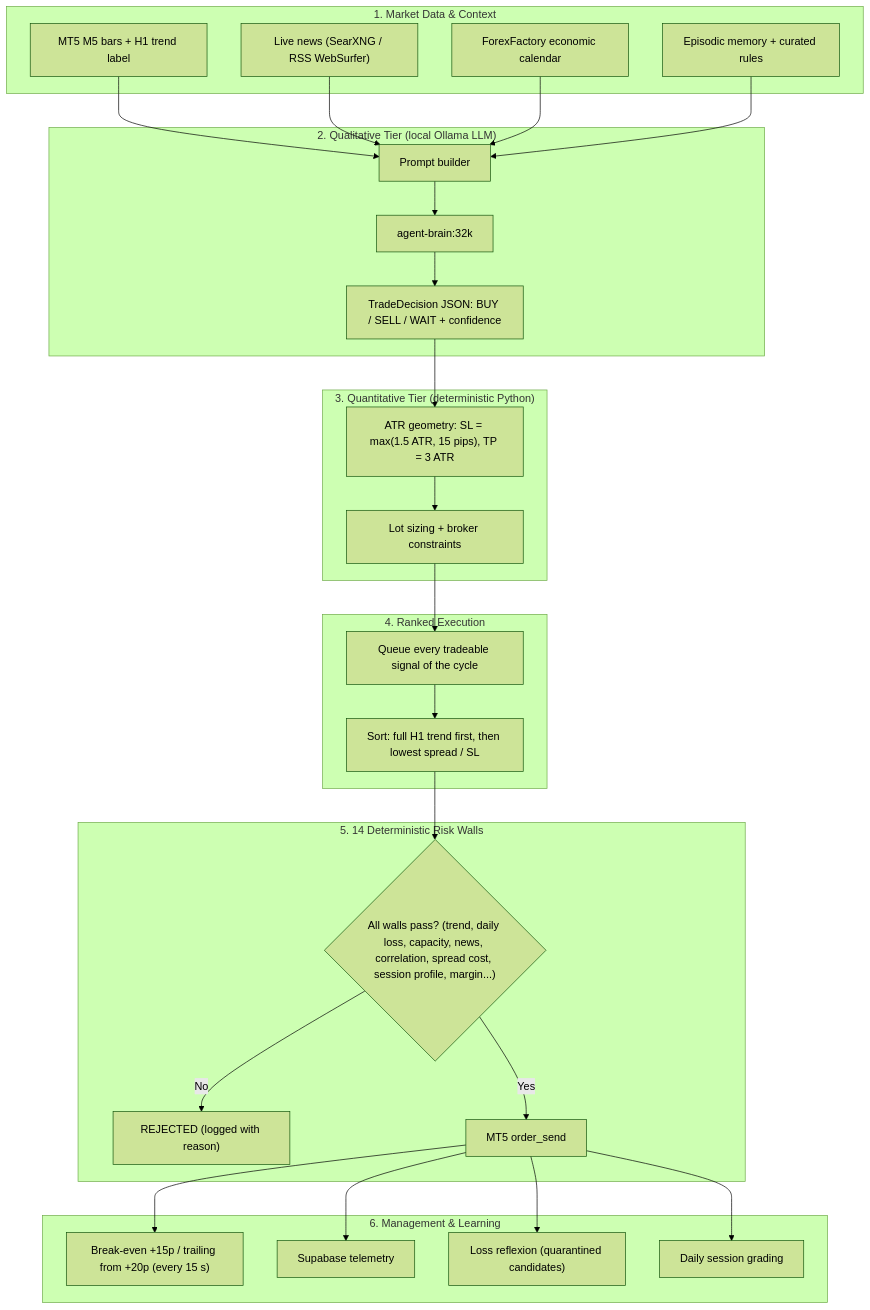
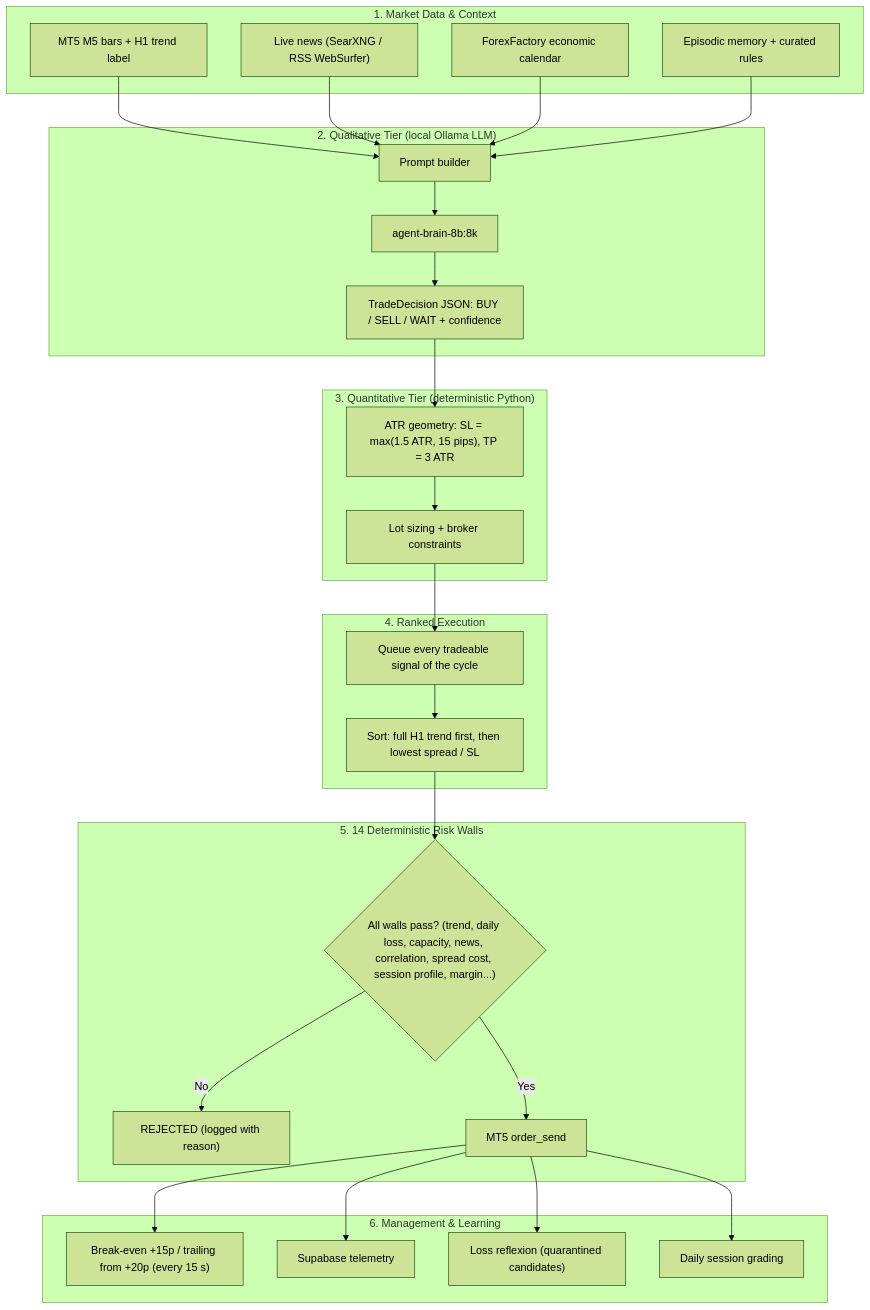
One commit to syarief02/bubat-ai changed the first of 2 diagrams in README.md. Above: the diagram before and after it, drawn with Mermaid (forest theme). The commit also changed other lines of this file and 8 other files, not shown here.

````diff
--- a/README.md
+++ b/README.md
@@ -41,38 +41,38 @@
 ```mermaid
 flowchart TD
     subgraph Senses ["1. Market Data & Context"]
         A1["MT5 M5 bars + H1 trend label"]
         A2["Live news (SearXNG / RSS WebSurfer)"]
         A3["ForexFactory economic calendar"]
         A4["Episodic memory + curated rules"]
     end
 
     subgraph Reasoning ["2. Qualitative Tier (local Ollama LLM)"]
         A1 & A2 & A3 & A4 --> C1["Prompt builder"]
-        C1 --> C2["agent-brain:32k"]
+        C1 --> C2["agent-brain-8b:8k"]
         C2 --> C3["TradeDecision JSON: BUY / SELL / WAIT + confidence"]
     end
 
     subgraph Math ["3. Quantitative Tier (deterministic Python)"]
         C3 --> D1["ATR geometry: SL = max(1.5 ATR, 15 pips), TP = 3 ATR"]
         D1 --> D2["Lot sizing + broker constraints"]
     end
 
     subgraph Rank ["4. Ranked Execution"]
         D2 --> R1["Queue every tradeable signal of the cycle"]
         R1 --> R2["Sort: full H1 trend first, then lowest spread / SL"]
     end
 
     subgraph Walls ["5. 14 Deterministic Risk Walls"]
         R2 --> W1{"All walls pass? (trend, daily loss, capacity, news, correlation, spread cost, session profile, margin...)"}
         W1 -- No --> X["REJECTED (logged with reason)"]
         W1 -- Yes --> F1["MT5 order_send"]
     end
 
     subgraph After ["6. Management & Learning"]
         F1 --> G1["Break-even +15p / trailing from +20p (every 15 s)"]
         F1 --> G2["Supabase telemetry"]
         F1 --> G3["Loss reflexion (quarantined candidates)"]
         F1 --> G4["Daily session grading"]
     end
 ```
````
